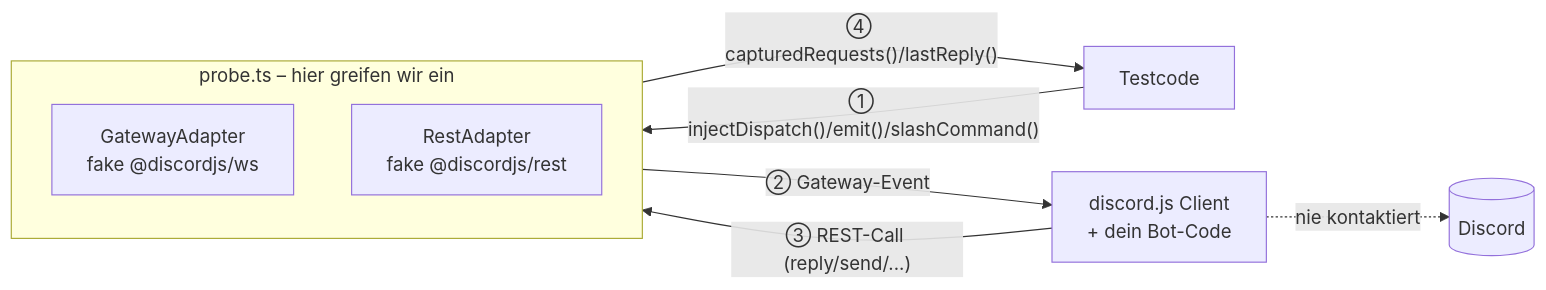
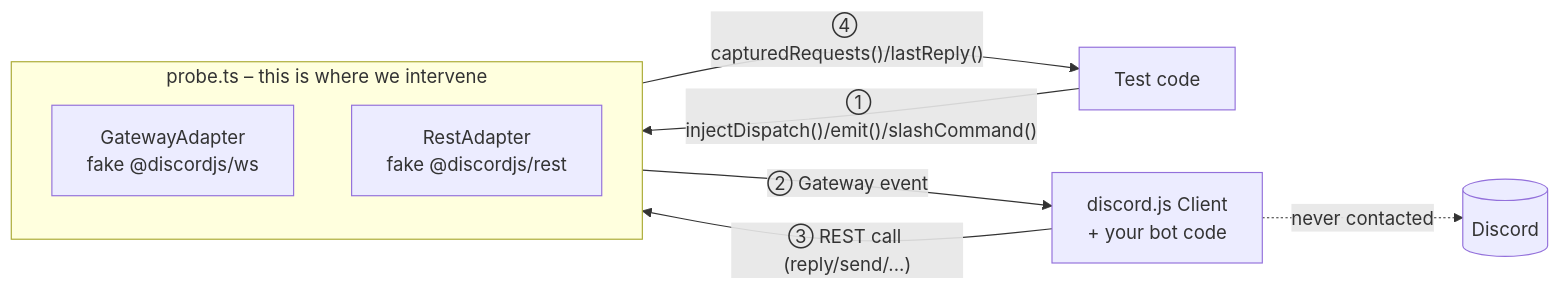
The diagram in README.md (GalaxyBotTeam/probe.ts), drawn with Mermaid before and after one commit. The commit also changed other lines of this file, not shown here.

````diff
--- a/README.md
+++ b/README.md
@@ -35,19 +96,19 @@
 ```mermaid
 flowchart LR
-    Test["Testcode"]
+    Test["Test code"]
 
-    subgraph Probe["probe.ts – hier greifen wir ein"]
+    subgraph Probe["probe.ts – this is where we intervene"]
         direction TB
         GA["GatewayAdapter<br/>fake @discordjs/ws"]
         RA["RestAdapter<br/>fake @discordjs/rest"]
     end
 
-    Client["discord.js Client<br/>+ dein Bot-Code"]
+    Client["discord.js Client<br/>+ your bot code"]
     Discord[("Discord")]
 
     Test -->|"① injectDispatch()/emit()/slashCommand()"| GA
-    GA -->|"② Gateway-Event"| Client
-    Client -->|"③ REST-Call (reply/send/...)"| RA
+    GA -->|"② Gateway event"| Client
+    Client -->|"③ REST call (reply/send/...)"| RA
     RA -->|"④ capturedRequests()/lastReply()"| Test
-    Client -.->|"nie kontaktiert"| Discord
+    Client -.->|"never contacted"| Discord
 ```
````
